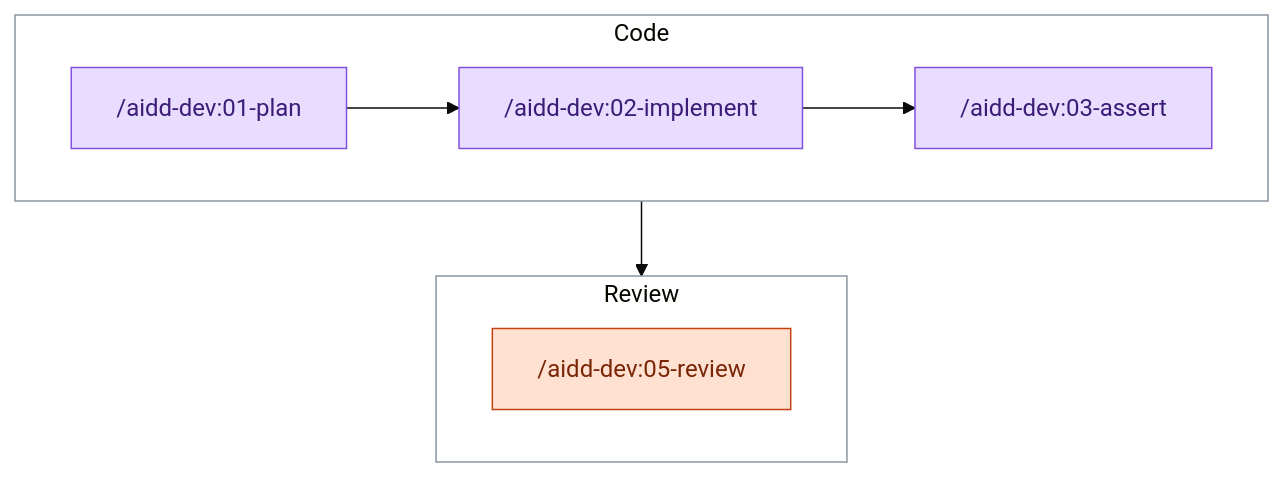
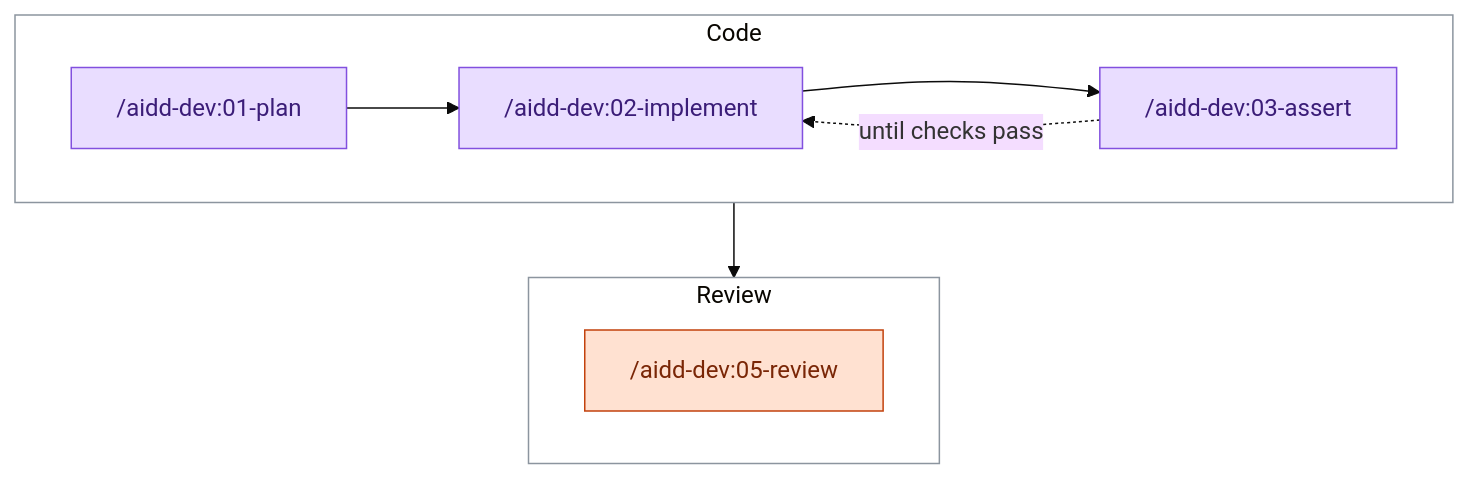
The second of 7 diagrams in docs/GUIDES.md (ai-driven-dev/framework), drawn with Mermaid (base theme) before and after one commit. The commit also changed other lines of this file, not shown here.

````diff
--- a/docs/GUIDES.md
+++ b/docs/GUIDES.md
@@ -108,24 +108,25 @@
 ```mermaid
 flowchart TD
   subgraph z0["Code"]
     direction LR
     n0["/aidd-dev:01-plan"] --> n1["/aidd-dev:02-implement"] --> n2["/aidd-dev:03-assert"]
+    n2 -. "until checks pass" .-> n1
   end
   subgraph z1["Review"]
     direction LR
     n3["/aidd-dev:05-review"]
   end
   z0 --> z1
   classDef spec fill:#cff4fc,stroke:#0b7285,color:#0b4a57
   classDef specOpt fill:#ffffff,stroke:#0b7285,stroke-dasharray:4 3,color:#0b4a57
   classDef code fill:#e9ddff,stroke:#8250df,color:#3b1d78
   classDef codeOpt fill:#ffffff,stroke:#6f42c1,stroke-dasharray:4 3,color:#3b1d78
   classDef ship fill:#ffe1d1,stroke:#c2410c,color:#7a2606
   classDef shipOpt fill:#ffffff,stroke:#c2410c,stroke-dasharray:4 3,color:#7a2606
   classDef plain fill:#ddf4ff,stroke:#0969da,color:#0a3069
   classDef plainOpt fill:#ffffff,stroke:#0969da,stroke-dasharray:4 3,color:#0a3069
   class n0,n1,n2 code
   class n3 ship
   style z0 fill:none,stroke:#8c959f
   style z1 fill:none,stroke:#8c959f
 ```
````
